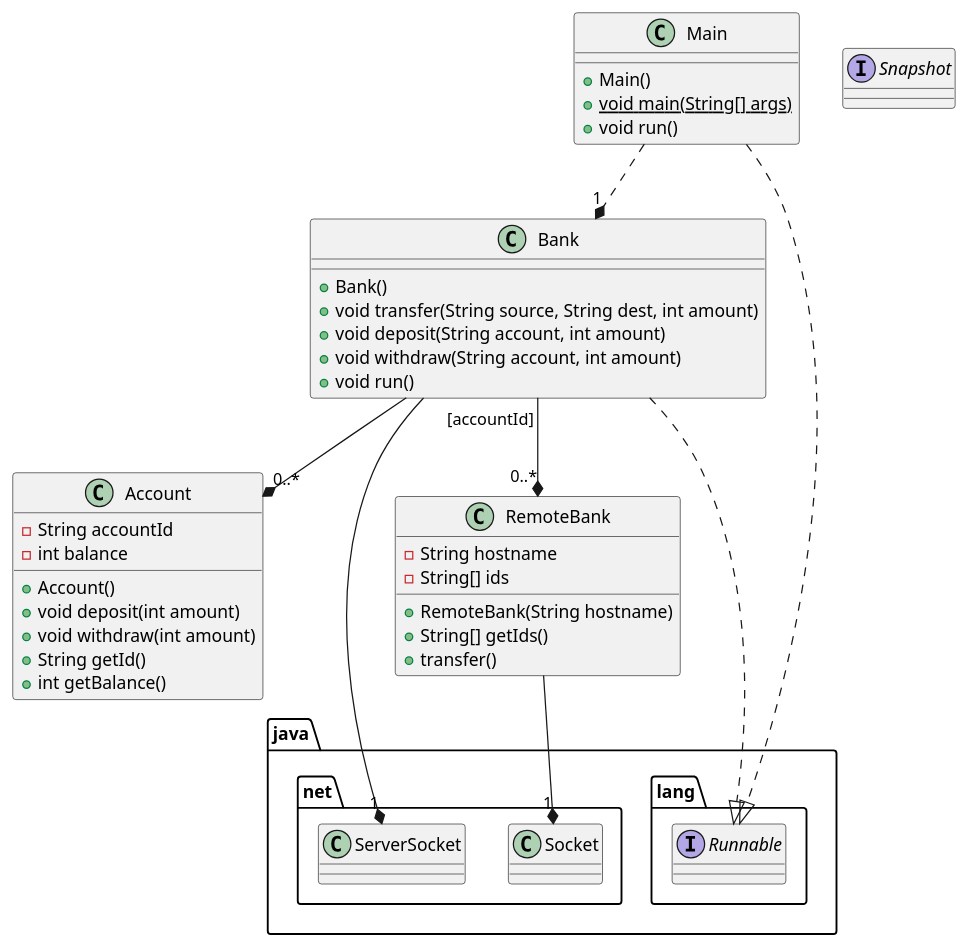
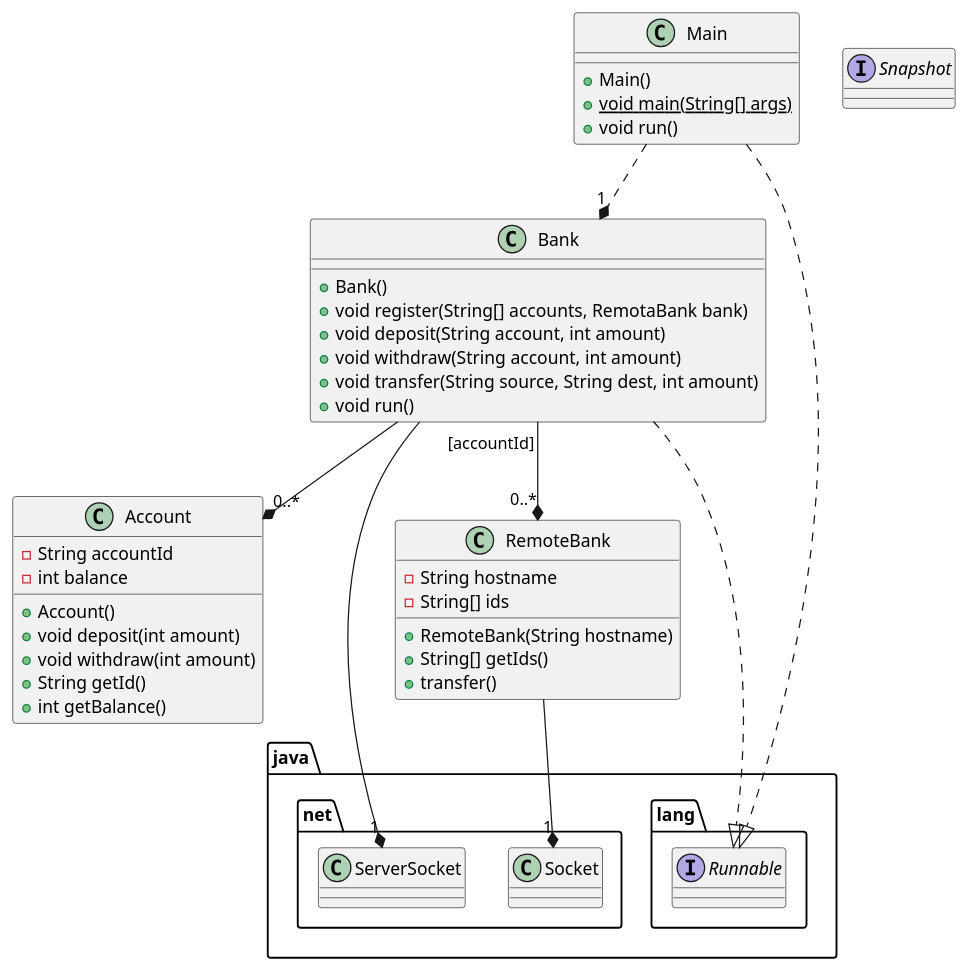
Before and after one commit to omjadas/distributed-banking: the diagram in docs/classes.puml, drawn with PlantUML.

Commit message:
feat(uml): add register method to Bank

```diff
--- a/docs/classes.puml
+++ b/docs/classes.puml
@@ -1,47 +1,48 @@
 @startuml P2P Bank
 class Main {
     + Main()
     + {static} void main(String[] args)
     + void run()
 }
 
 class Bank {
     + Bank()
-    + void transfer(String source, String dest, int amount)
+    + void register(String[] accounts, RemotaBank bank)
     + void deposit(String account, int amount)
     + void withdraw(String account, int amount)
+    + void transfer(String source, String dest, int amount)
     + void run()
 }
 
 class RemoteBank {
     - String hostname
     - String[] ids
     + RemoteBank(String hostname)
     + String[] getIds()
     + transfer()
 }
 
 class Account {
     - String accountId
     - int balance
     + Account()
     + void deposit(int amount)
     + void withdraw(int amount)
     + String getId()
     + int getBalance()
 }
 
 interface java.lang.Runnable
 interface Snapshot
 
 Main ..* "1" Bank
 Main ..|> java.lang.Runnable
 
 Bank --* "1" java.net.ServerSocket
 Bank --* "0..*" Account
 Bank "[accountId]" --* "0..*" RemoteBank
 Bank ..|> java.lang.Runnable
 
 RemoteBank --* "1" java.net.Socket
 
 @enduml
```
